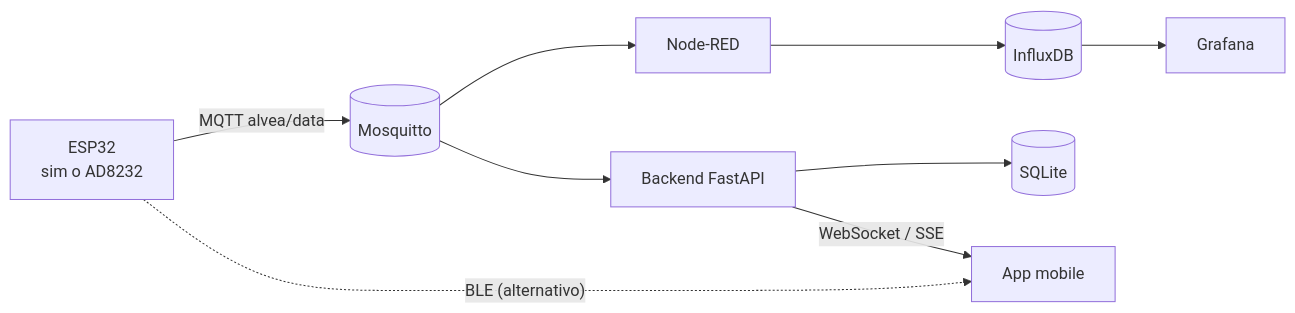
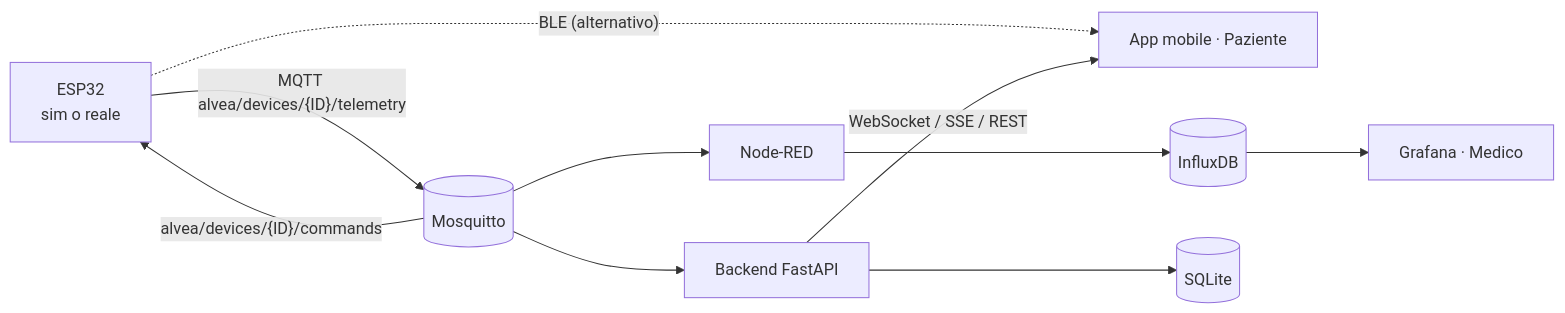
The first of 3 diagrams in README.md (acrisci05/Alvea), drawn with Mermaid before and after one commit. The commit also changed other lines of this file and 4 other files, not shown here.

Commit message:
Aggiornato: README con diagrammi Mermaid, scripts simulatore, docker-compose, gitignore - tutto rinominato Alvea

````diff
--- a/README.md
+++ b/README.md
@@ -17,8 +47,9 @@
 ```mermaid
 flowchart LR
-    FW[ESP32<br/>sim o AD8232] -- "MQTT alvea/data" --> MQ[(Mosquitto)]
+    FW["ESP32<br/>sim o reale"] -- "MQTT alvea/devices/{ID}/telemetry" --> MQ[(Mosquitto)]
+    MQ -- "alvea/devices/{ID}/commands" --> FW
     FW -. "BLE (alternativo)" .-> APP[App mobile]
-    MQ --> NR[Node-RED] --> IDB[(InfluxDB)] --> GF[Grafana]
+    MQ --> NR[Node-RED] --> IDB[(InfluxDB)] --> GF[Grafana · Medico]
     MQ --> BE[Backend FastAPI] --> SQL[(SQLite)]
-    BE -- "WebSocket / SSE" --> APP
+    BE -- "WebSocket / SSE / REST" --> APP[App mobile · Paziente]
 ```
````
